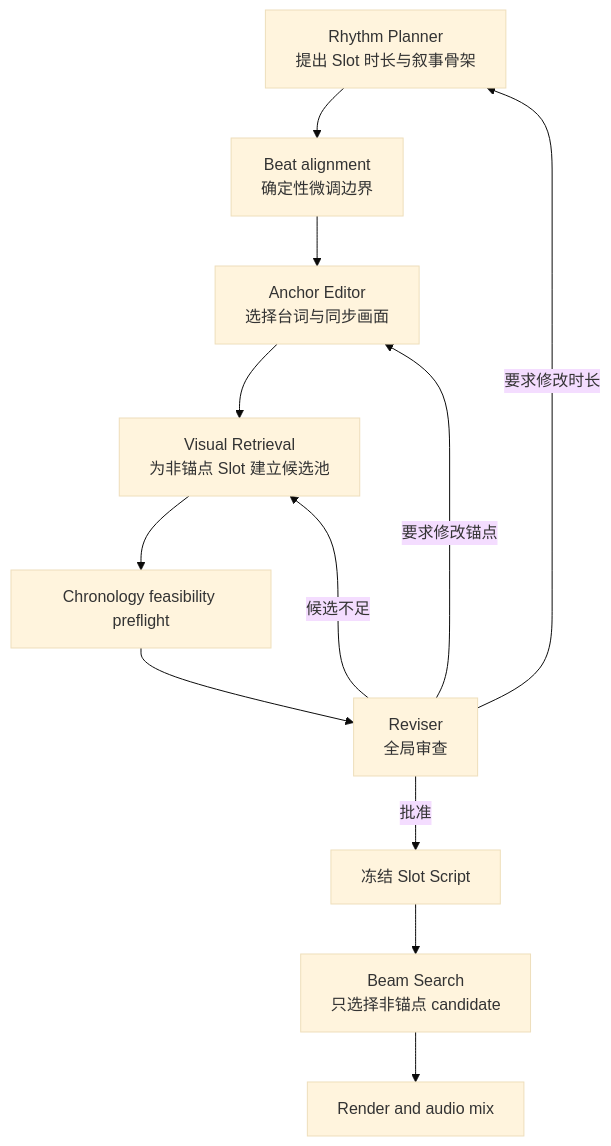
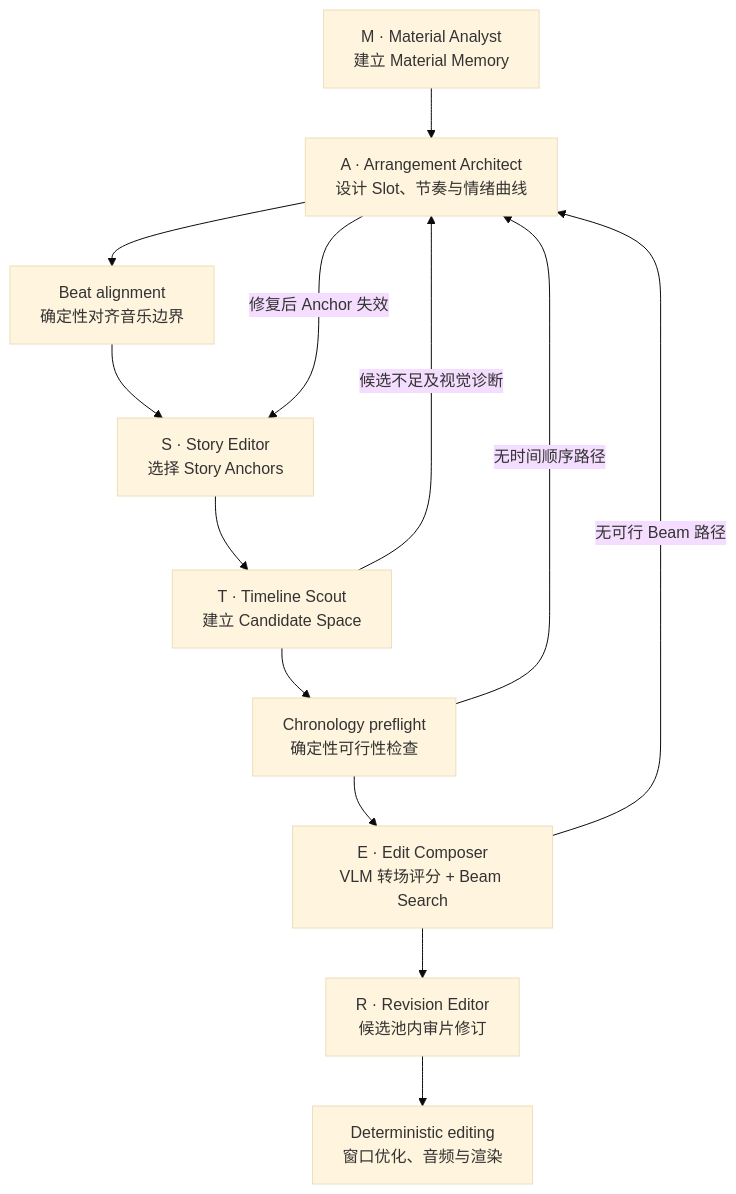
Before and after one commit to hit-felix-chen/CutMaster: the diagram in docs/dev/multi-agent-discussion.md, drawn with Mermaid (base theme). The commit also changed other lines of this file and 44 other files, not shown here.

````diff
--- a/docs/dev/multi-agent-discussion.md
+++ b/docs/dev/multi-agent-discussion.md
@@ -19,14 +35,18 @@
 ```mermaid
 flowchart TD
-    A["Rhythm Planner<br/>提出 Slot 时长与叙事骨架"] --> B["Beat alignment<br/>确定性微调边界"]
-    B --> C["Anchor Editor<br/>选择台词与同步画面"]
-    C --> D["Visual Retrieval<br/>为非锚点 Slot 建立候选池"]
-    D --> E["Chronology feasibility preflight"]
-    E --> F["Reviser<br/>全局审查"]
-    F -->|要求修改时长| A
-    F -->|要求修改锚点| C
-    F -->|候选不足| D
-    F -->|批准| G["冻结 Slot Script"]
-    G --> H["Beam Search<br/>只选择非锚点 candidate"]
-    H --> I["Render and audio mix"]
+    M["M · Material Analyst<br/>建立 Material Memory"]
+    A["A · Arrangement Architect<br/>设计 Slot、节奏与情绪曲线"]
+    B["Beat alignment<br/>确定性对齐音乐边界"]
+    S["S · Story Editor<br/>选择 Story Anchors"]
+    T["T · Timeline Scout<br/>建立 Candidate Space"]
+    C["Chronology preflight<br/>确定性可行性检查"]
+    E["E · Edit Composer<br/>VLM 转场评分 + Beam Search"]
+    R["R · Revision Editor<br/>候选池内审片修订"]
+    F["Deterministic editing<br/>窗口优化、音频与渲染"]
+
+    M --> A --> B --> S --> T --> C --> E --> R --> F
+    T -->|候选不足及视觉诊断| A
+    A -->|修复后 Anchor 失效| S
+    C -->|无时间顺序路径| A
+    E -->|无可行 Beam 路径| A
 ```
````
